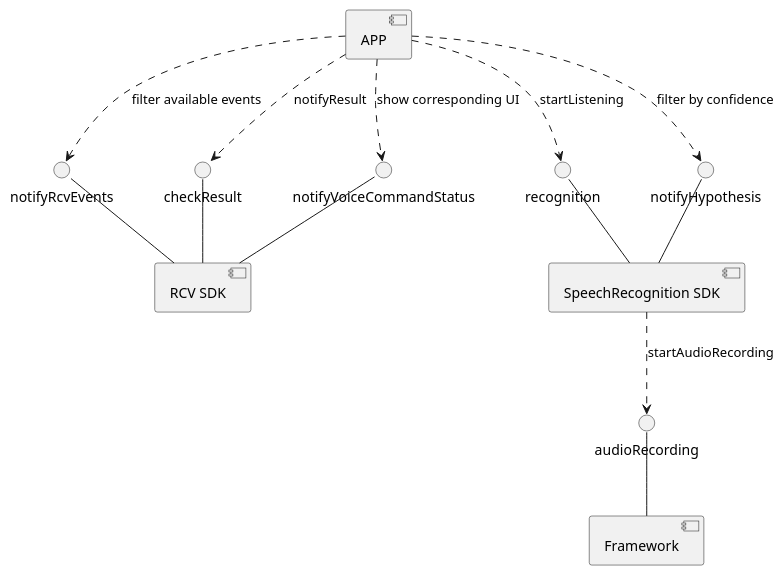
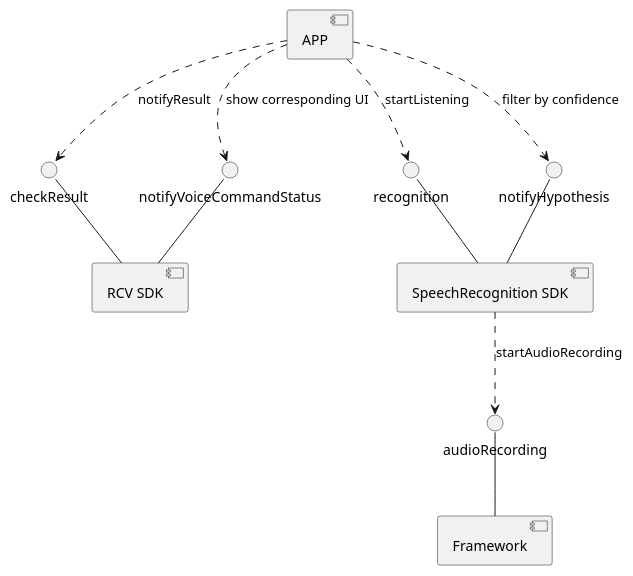
Before and after one commit to DarkSherlock/PlantUML: the diagram in uml/VoiceCommand/VCComponentDiagram.puml, drawn with PlantUML.

Commit message:
update vc component

```diff
--- a/uml/VoiceCommand/VCComponentDiagram.puml
+++ b/uml/VoiceCommand/VCComponentDiagram.puml
@@ -1,22 +1,19 @@
 @startuml
 'https://plantuml.com/component-diagram
 
-interface notifyRcvEvents as NRCV
 
 
-NRCV -d- [RCV SDK]
 checkResult -d- [RCV SDK]
 notifyVoiceCommandStatus -d- [RCV SDK]
 recognition -d- [SpeechRecognition SDK]
 notifyHypothesis -d- [SpeechRecognition SDK]
 audioRecording -d- [Framework]
 
 
-[APP] ..> NRCV: filter available events
 [APP] ..> recognition: startListening
 [APP] ..> notifyHypothesis: filter by confidence
 [APP] ..> checkResult: notifyResult
 [APP] ..> notifyVoiceCommandStatus: show corresponding UI
 [SpeechRecognition SDK] ..> audioRecording: startAudioRecording
 
 @enduml
```
